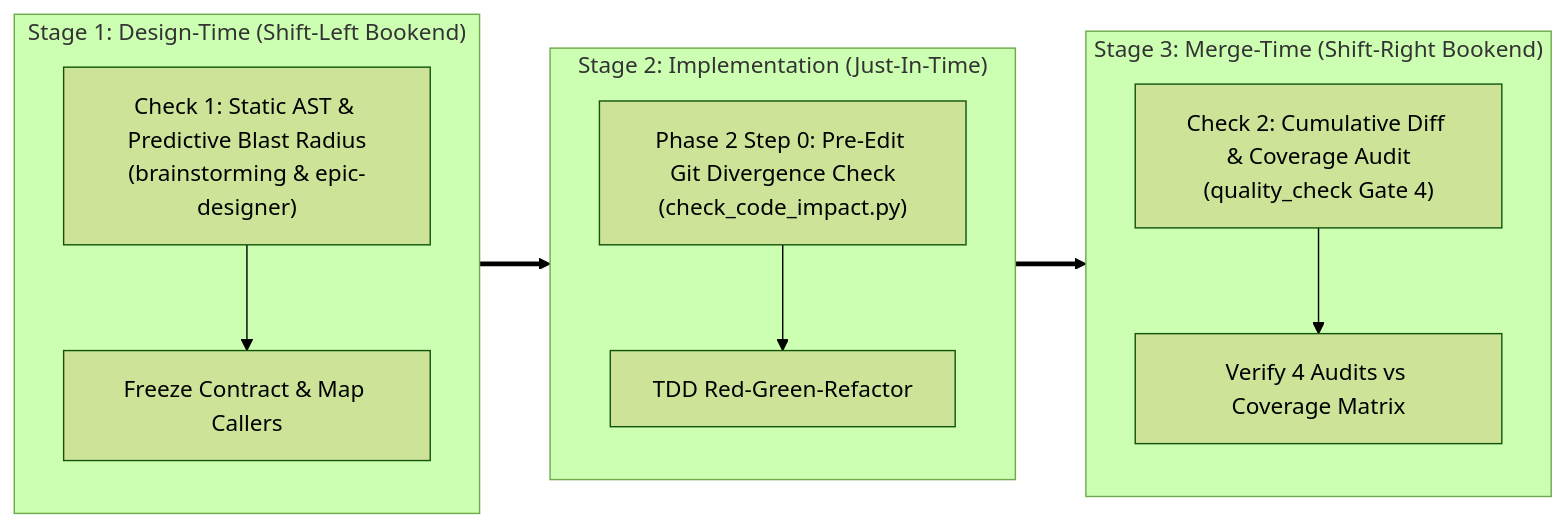
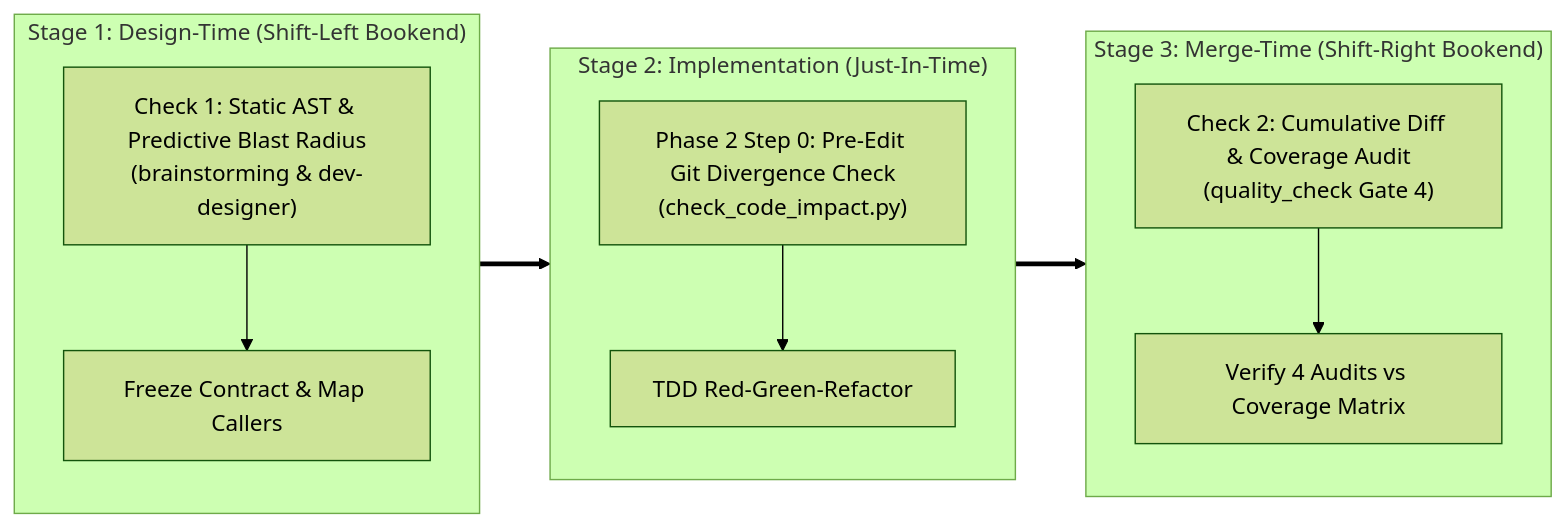
Before and after one commit to DanhDue/ai-agent-tools: the first of 2 diagrams in skills/impact-analysis/SKILL.md, drawn with Mermaid (forest theme). The commit also changed other lines of this file and 27 other files, not shown here.

First line of the commit message:
[DOC_LIFECYCLE] Rename the epic-* skills to dev-*

````diff
--- a/skills/impact-analysis/SKILL.md
+++ b/skills/impact-analysis/SKILL.md
@@ -32,23 +32,23 @@
 ```mermaid
 flowchart LR
     subgraph STAGE1["Stage 1: Design-Time (Shift-Left Bookend)"]
         direction TB
-        CHECK1["Check 1: Static AST & Predictive Blast Radius\n(brainstorming & epic-designer)"]
+        CHECK1["Check 1: Static AST & Predictive Blast Radius\n(brainstorming & dev-designer)"]
         CHECK1 --> SCOPE["Freeze Contract & Map Callers"]
     end
 
     subgraph STAGE2["Stage 2: Implementation (Just-In-Time)"]
         direction TB
         STEP0["Phase 2 Step 0: Pre-Edit Git Divergence Check\n(check_code_impact.py)"]
         STEP0 --> TDD["TDD Red-Green-Refactor"]
     end
 
     subgraph STAGE3["Stage 3: Merge-Time (Shift-Right Bookend)"]
         direction TB
         CHECK2["Check 2: Cumulative Diff & Coverage Audit\n(quality_check Gate 4)"]
         CHECK2 --> AUDIT["Verify 4 Audits vs Coverage Matrix"]
     end
 
     STAGE1 ==> STAGE2
     STAGE2 ==> STAGE3
 ```
````
